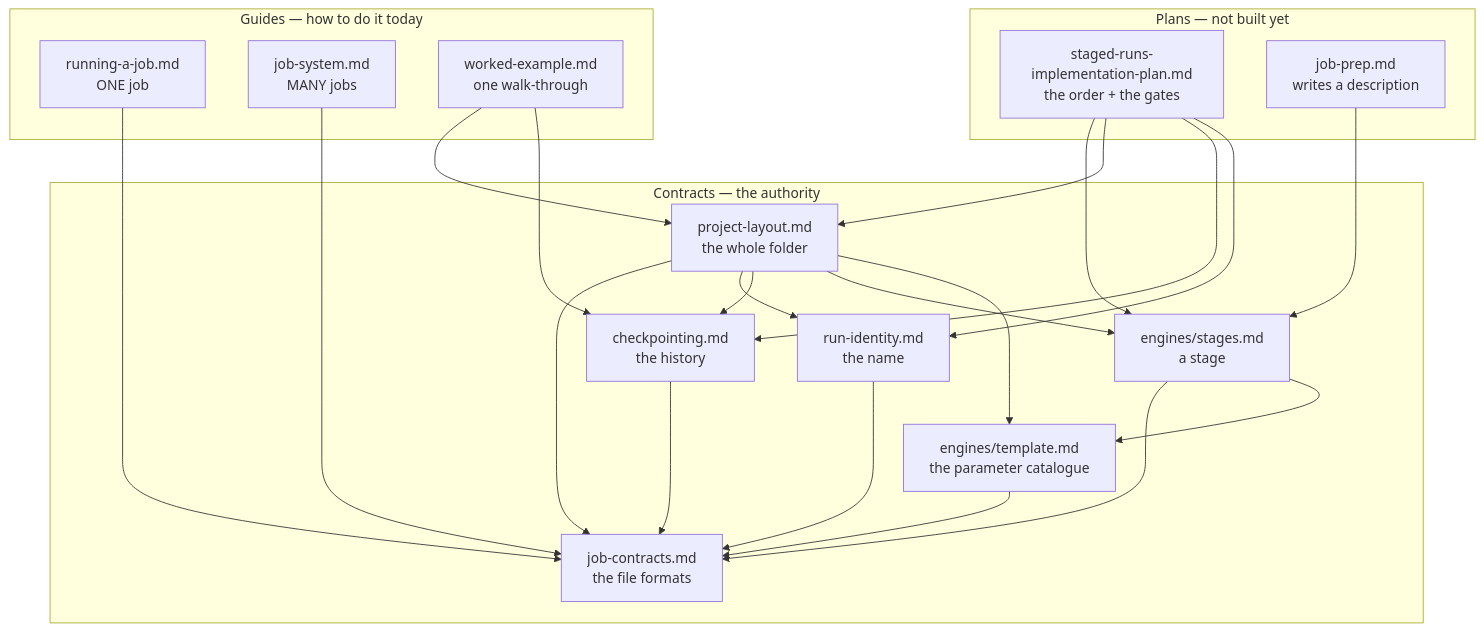
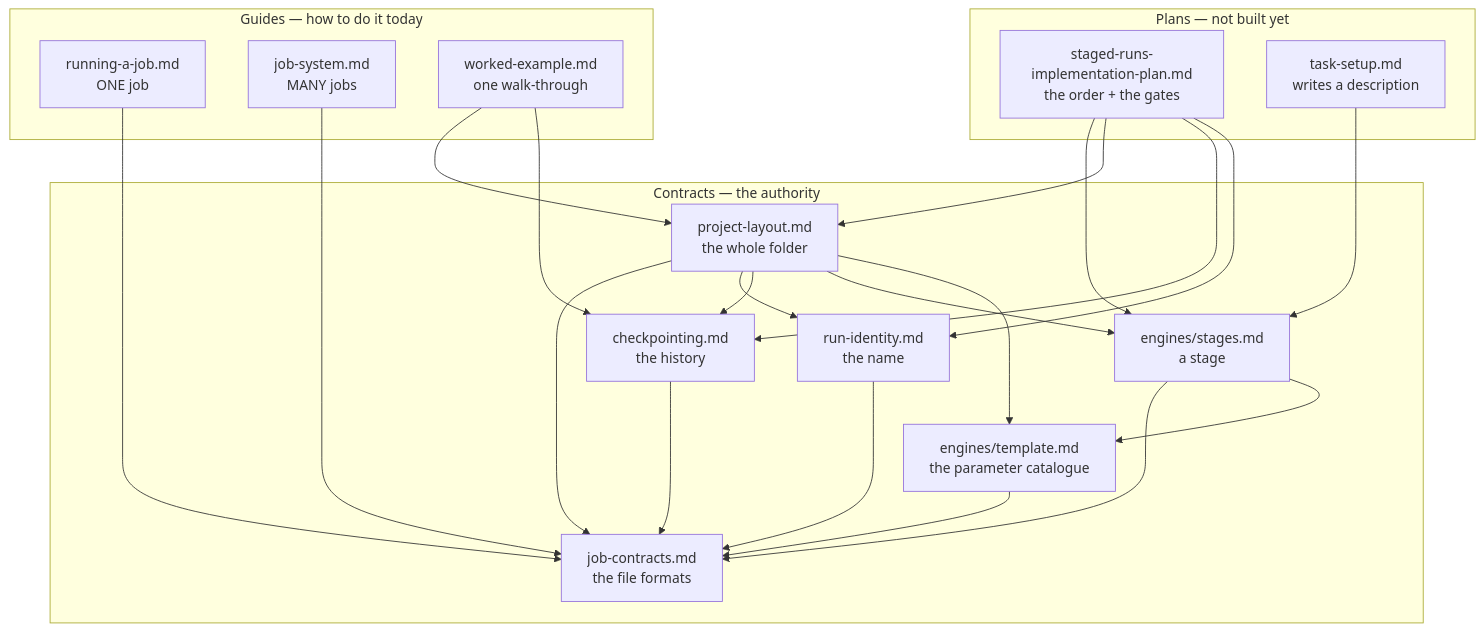
One commit to Qing-LAB/molbuilder changed the first of 2 diagrams in docs/execution/overview.md. Above: the diagram before and after it, drawn with Mermaid. The commit also changed other lines of this file and 28 other files, not shown here.

First line of the commit message:
refactor(web)!: the tab is Task setup, and CodeMirror highlights by file suffix

````diff
--- a/docs/execution/overview.md
+++ b/docs/execution/overview.md
@@ -82,30 +82,30 @@
 ```mermaid
 flowchart TB
     subgraph plans["Plans — not built yet"]
       IMP["staged-runs-implementation-plan.md<br/>the order + the gates"]
-      TSP["job-prep.md<br/>writes a description"]
+      TSP["task-setup.md<br/>writes a description"]
     end
     subgraph guides["Guides — how to do it today"]
       RAJ["running-a-job.md<br/>ONE job"]
       JS["job-system.md<br/>MANY jobs"]
       WE["worked-example.md<br/>one walk-through"]
     end
     subgraph contracts["Contracts — the authority"]
       PL["project-layout.md<br/>the whole folder"]
       CP["checkpointing.md<br/>the history"]
       RI["run-identity.md<br/>the name"]
       ST["engines/stages.md<br/>a stage"]
       TPL["engines/template.md<br/>the parameter catalogue"]
       JC["job-contracts.md<br/>the file formats"]
     end
     TSP --> ST
     IMP --> ST & PL & CP & RI
     WE --> PL & CP
     JS --> JC
     RAJ --> JC
     PL --> JC & RI & CP & ST & TPL
     CP --> JC
     RI --> JC
     ST --> JC & TPL
     TPL --> JC
 ```
````
